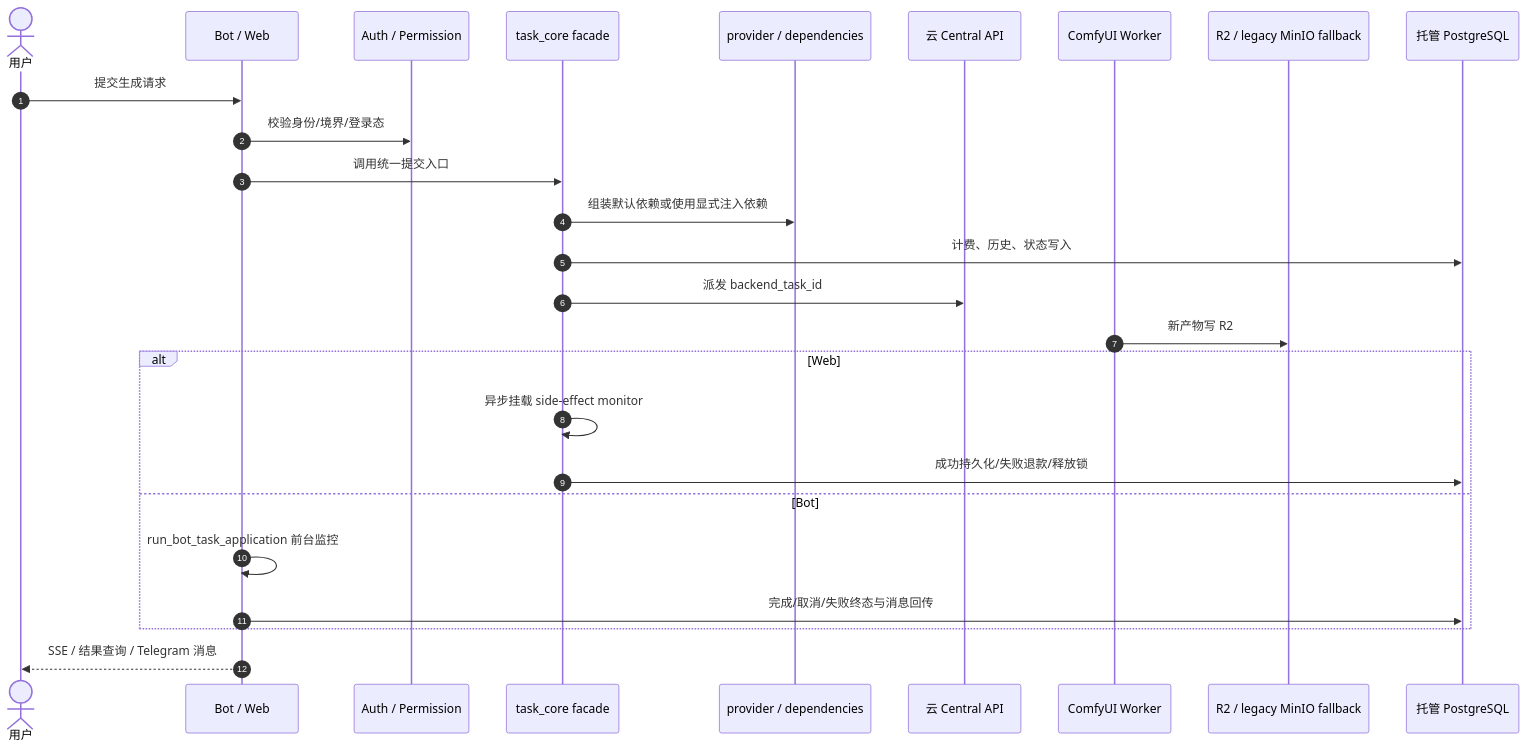
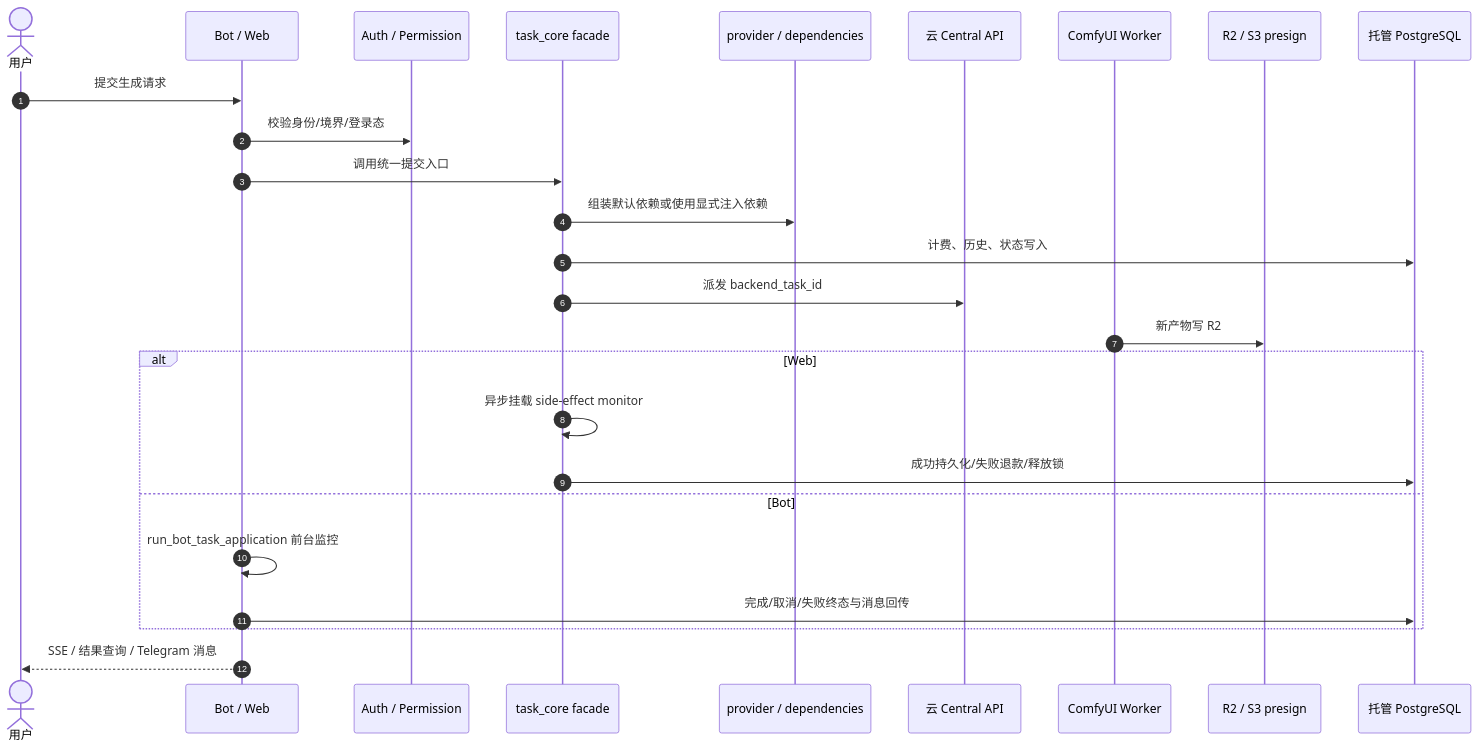
Before and after one commit to giraffu/All_bot: the second of 2 diagrams in docs/system_architecture_report.md, drawn with Mermaid. The commit also changed other lines of this file and 20 other files, not shown here.

````diff
--- a/docs/system_architecture_report.md
+++ b/docs/system_architecture_report.md
@@ -127,29 +127,29 @@
 ```mermaid
 sequenceDiagram
     autonumber
     actor U as 用户
     participant Entry as Bot / Web
     participant Auth as Auth / Permission
     participant Facade as task_core facade
     participant Deps as provider / dependencies
     participant Central as 云 Central API
     participant Worker as ComfyUI Worker
-    participant Store as R2 / legacy MinIO fallback
+    participant Store as R2 / S3 presign
     participant PG as 托管 PostgreSQL
 
     U->>Entry: 提交生成请求
     Entry->>Auth: 校验身份/境界/登录态
     Entry->>Facade: 调用统一提交入口
     Facade->>Deps: 组装默认依赖或使用显式注入依赖
     Facade->>PG: 计费、历史、状态写入
     Facade->>Central: 派发 backend_task_id
     Worker->>Store: 新产物写 R2
     alt Web
         Facade->>Facade: 异步挂载 side-effect monitor
         Facade->>PG: 成功持久化/失败退款/释放锁
     else Bot
         Entry->>Entry: run_bot_task_application 前台监控
         Entry->>PG: 完成/取消/失败终态与消息回传
     end
     Entry-->>U: SSE / 结果查询 / Telegram 消息
 ```
````
